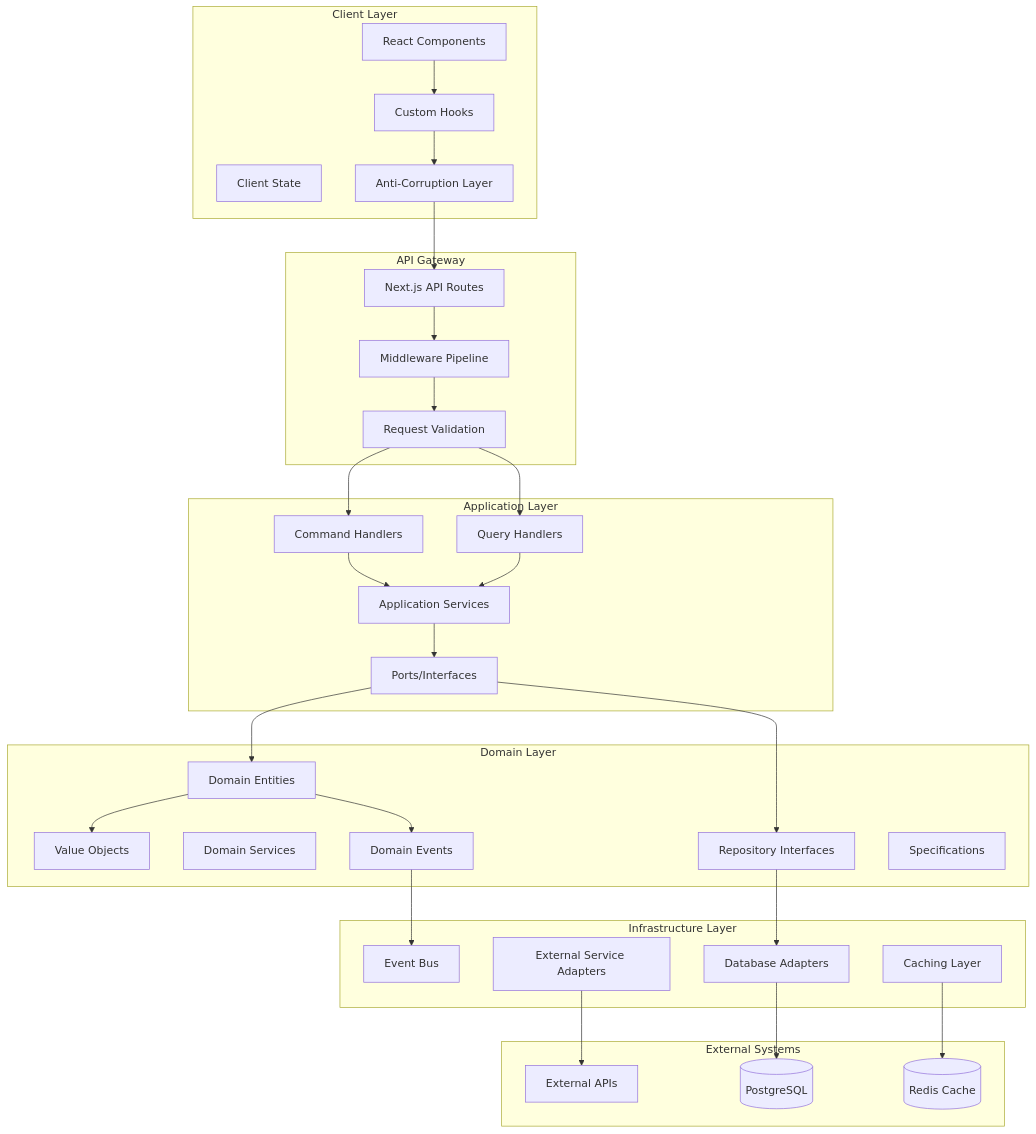
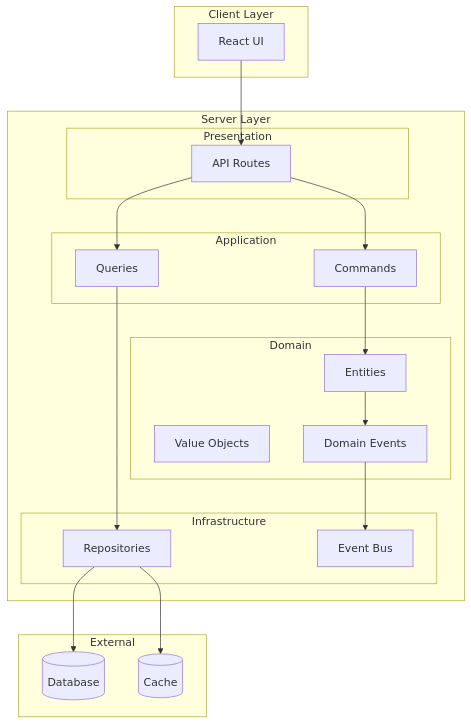
The diagram in docs/architecture/ARCHITECTURE_ENHANCED.md (komei0727/all_in_one), drawn with Mermaid before and after one commit. The commit also changed other lines of this file and 15 other files, not shown here.

First line of the commit message:
docs: restructure architecture documentation for better organization

````diff
--- a/docs/architecture/ARCHITECTURE_ENHANCED.md
+++ b/docs/architecture/ARCHITECTURE_ENHANCED.md
@@ -62,64 +19,43 @@
 ```mermaid
-graph TB
+flowchart TB
     subgraph "Client Layer"
-        UI[React Components]
-        HOOKS[Custom Hooks]
-        STORES[Client State]
-        ACA[Anti-Corruption Layer]
+        UI[React UI]
     end
-
-    subgraph "API Gateway"
-        ROUTER[Next.js API Routes]
-        MIDDLEWARE[Middleware Pipeline]
-        VALIDATION[Request Validation]
+    
+    subgraph "Server Layer"
+        subgraph "Presentation"
+            API[API Routes]
+        end
+        
+        subgraph "Application"
+            CMD[Commands]
+            QRY[Queries]
+        end
+        
+        subgraph "Domain"
+            ENT[Entities]
+            VO[Value Objects]
+            EVT[Domain Events]
+        end
+        
+        subgraph "Infrastructure"
+            REPO[Repositories]
+            BUS[Event Bus]
+        end
     end
-
-    subgraph "Application Layer"
-        CMDH[Command Handlers]
-        QRYH[Query Handlers]
-        APPSVC[Application Services]
-        PORTS[Ports/Interfaces]
+    
+    subgraph "External"
+        DB[(Database)]
+        CACHE[(Cache)]
     end
-
-    subgraph "Domain Layer"
-        ENTITIES[Domain Entities]
-        VALUEOBJ[Value Objects]
-        DOMSVC[Domain Services]
-        EVENTS[Domain Events]
-        REPOS[Repository Interfaces]
-        SPECS[Specifications]
-    end
-
-    subgraph "Infrastructure Layer"
-        DBADP[Database Adapters]
-        EXTADP[External Service Adapters]
-        EVENTBUS[Event Bus]
-        CACHE[Caching Layer]
-    end
-
-    subgraph "External Systems"
-        DB[(PostgreSQL)]
-        REDIS[(Redis Cache)]
-        EXTERNAL[External APIs]
-    end
-
-    UI --> HOOKS
-    HOOKS --> ACA
-    ACA --> ROUTER
-    ROUTER --> MIDDLEWARE
-    MIDDLEWARE --> VALIDATION
-    VALIDATION --> CMDH
-    VALIDATION --> QRYH
-    CMDH --> APPSVC
-    QRYH --> APPSVC
-    APPSVC --> PORTS
-    PORTS --> ENTITIES
-    ENTITIES --> VALUEOBJ
-    ENTITIES --> EVENTS
-    PORTS --> REPOS
-    REPOS --> DBADP
-    EVENTS --> EVENTBUS
-    DBADP --> DB
-    CACHE --> REDIS
-    EXTADP --> EXTERNAL
+    
+    UI --> API
+    API --> CMD
+    API --> QRY
+    CMD --> ENT
+    QRY --> REPO
+    ENT --> EVT
+    EVT --> BUS
+    REPO --> DB
+    REPO --> CACHE
 ```
````
